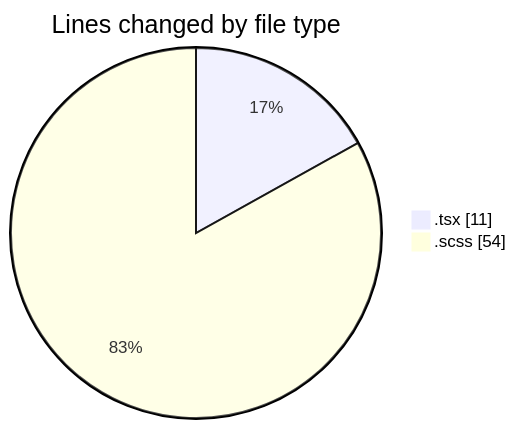
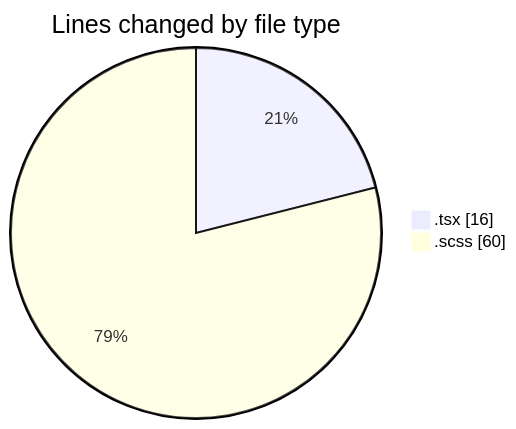
Before and after one commit to momahboobian/code-tracking: the first of 2 diagrams in 2025-12-09/cda/README.md, drawn with Mermaid. The commit also changed other lines of this file and 1 other file, not shown here.

````diff
--- a/2025-12-09/cda/README.md
+++ b/2025-12-09/cda/README.md
@@ -21,6 +21,6 @@
 ```mermaid
 pie showData
 title Lines changed by file type
-".tsx" : 11
-".scss" : 54
+".tsx" : 16
+".scss" : 60
 ```
````
